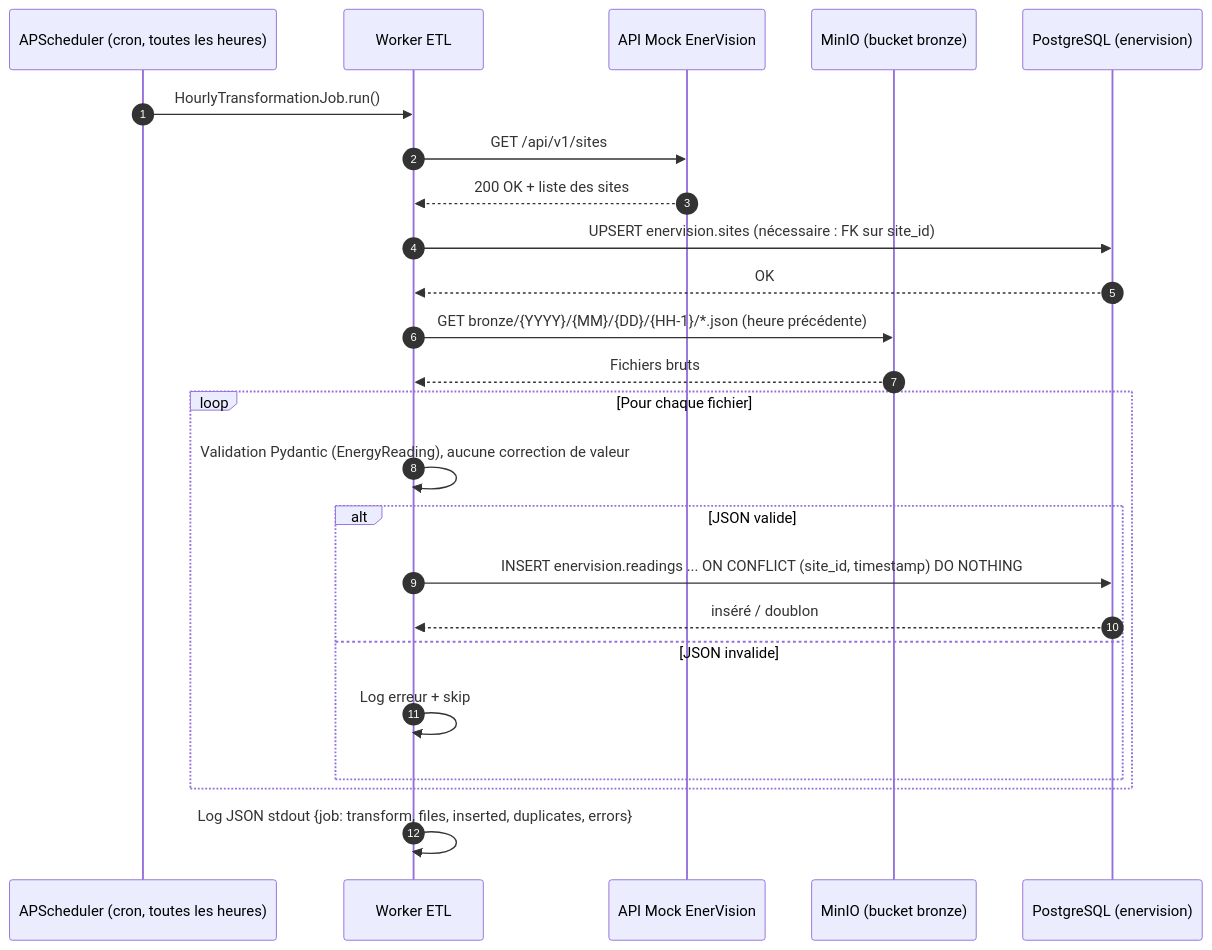
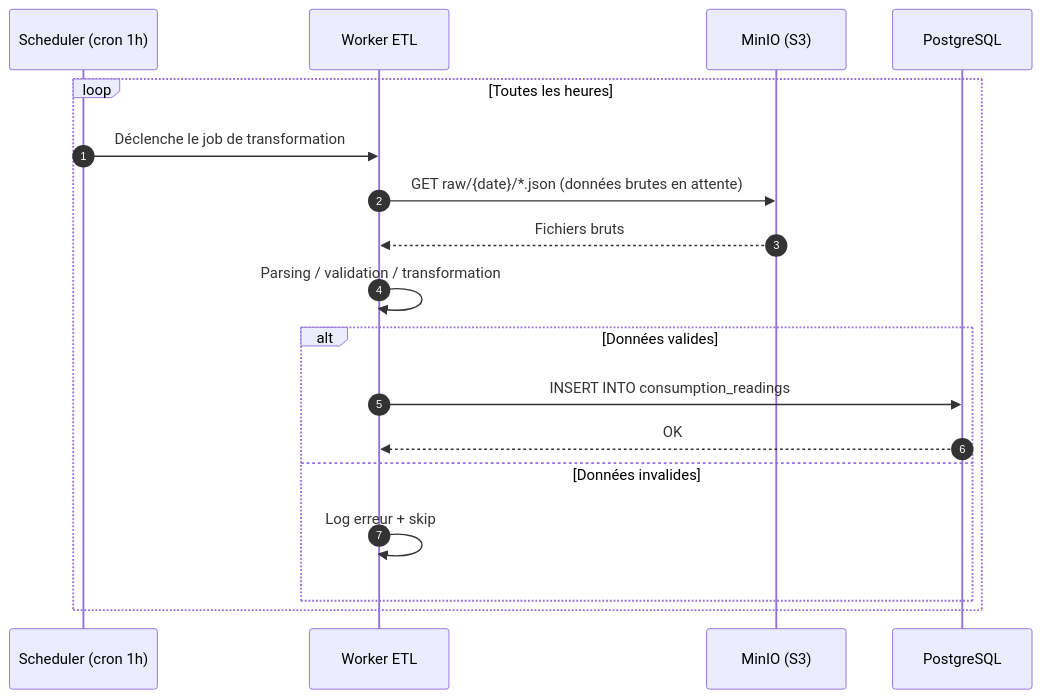
Before and after one commit to PetitPingu/EnerVision: the second of 2 diagrams in docs/seq_etl.md, drawn with Mermaid. The commit also changed other lines of this file and 30 other files, not shown here.

First line of the commit message:
Réaligner le worker ETL sur le schéma d'origine (docs/seq_etl.md)

````diff
--- a/docs/seq_etl.md
+++ b/docs/seq_etl.md
@@ -55,30 +30,21 @@
 ```mermaid
 sequenceDiagram
     autonumber
-    participant Cron as APScheduler (cron, toutes les heures)
+    participant Cron as Scheduler (cron 1h)
     participant Worker as Worker ETL
-    participant Mock as API Mock EnerVision
-    participant MinIO as MinIO (bucket bronze)
-    participant PG as PostgreSQL (enervision)
+    participant MinIO as MinIO (S3)
+    participant PG as PostgreSQL
 
-    Cron->>Worker: HourlyTransformationJob.run()
-    Worker->>Mock: GET /api/v1/sites
-    Mock-->>Worker: 200 OK + liste des sites
-    Worker->>PG: UPSERT enervision.sites (nécessaire : FK sur site_id)
-    PG-->>Worker: OK
-
-    Worker->>MinIO: GET bronze/{YYYY}/{MM}/{DD}/{HH-1}/*.json (heure précédente)
-    MinIO-->>Worker: Fichiers bruts
-
-    loop Pour chaque fichier
-        Worker->>Worker: Validation Pydantic (EnergyReading), aucune correction de valeur
-        alt JSON valide
-            Worker->>PG: INSERT enervision.readings ... ON CONFLICT (site_id, timestamp) DO NOTHING
-            PG-->>Worker: inséré / doublon
-        else JSON invalide
+    loop Toutes les heures
+        Cron->>Worker: Déclenche le job de transformation
+        Worker->>MinIO: GET raw/{date}/*.json (données brutes en attente)
+        MinIO-->>Worker: Fichiers bruts
+        Worker->>Worker: Parsing / validation / transformation
+        alt Données valides
+            Worker->>PG: INSERT INTO consumption_readings
+            PG-->>Worker: OK
+        else Données invalides
             Worker->>Worker: Log erreur + skip
         end
     end
-
-    Worker->>Worker: Log JSON stdout {job: transform, files, inserted, duplicates, errors}
 ```
````
